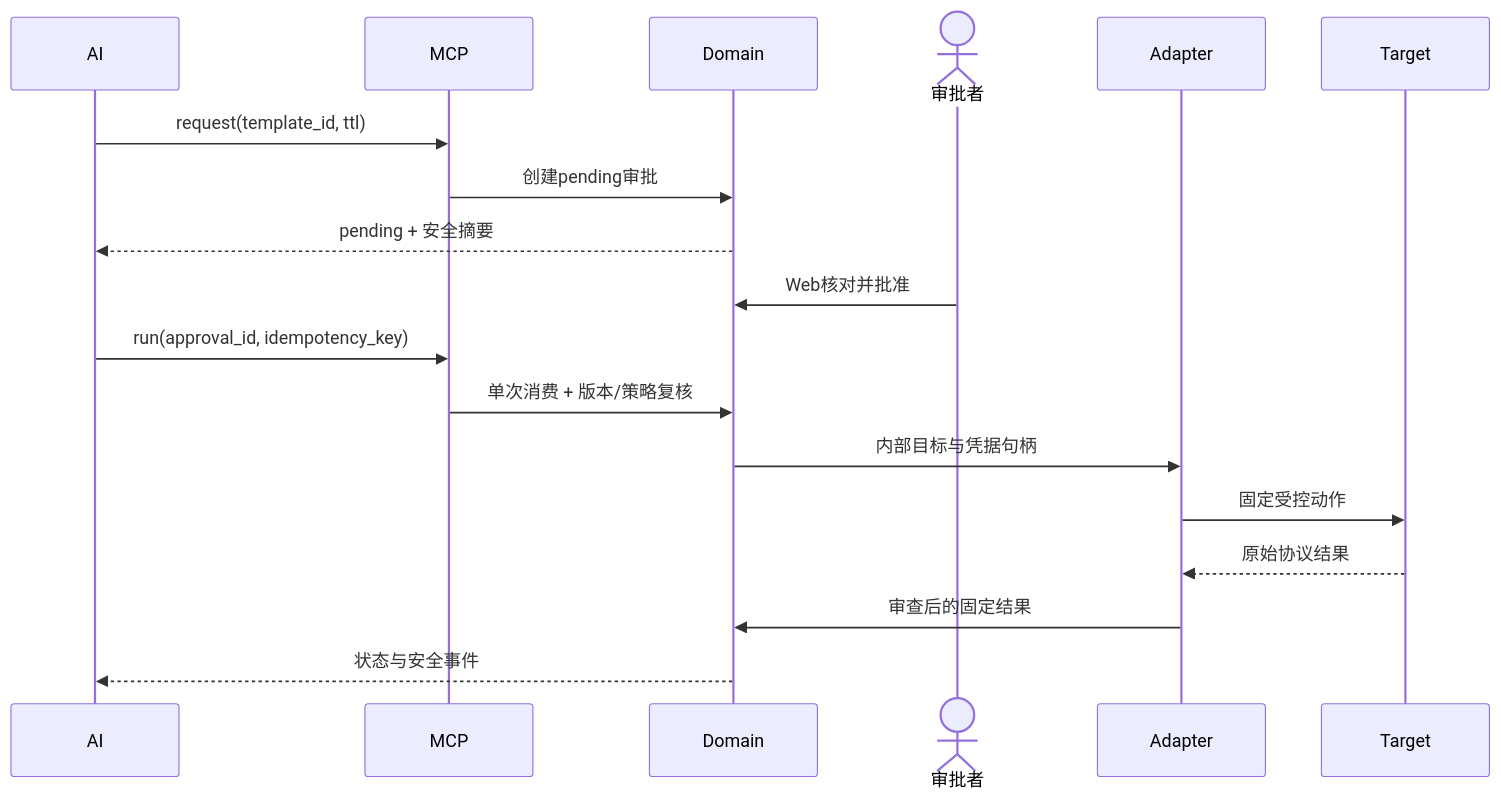
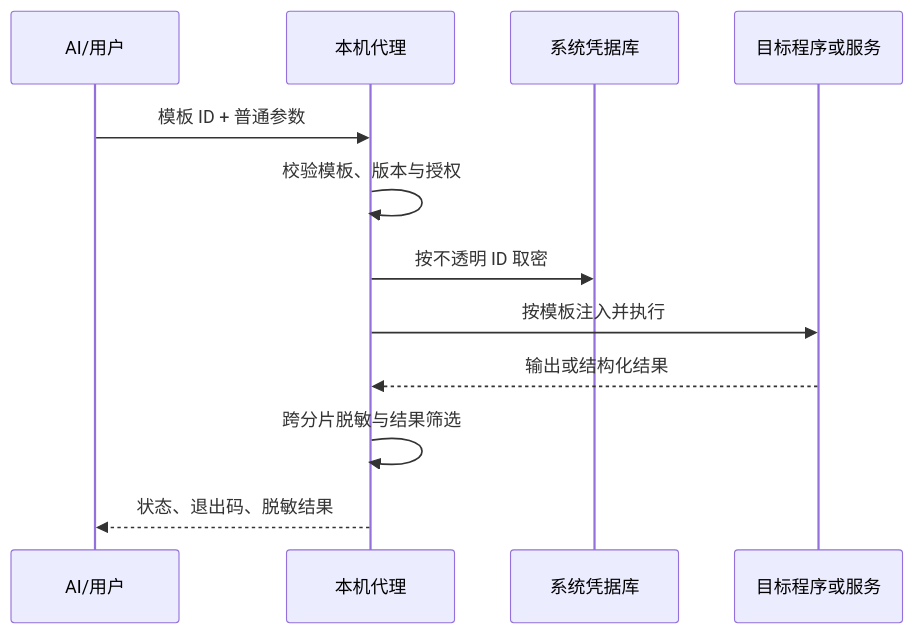
Before and after one commit to qq940500529/secretbridge: the fourth of 4 diagrams in docs/成熟态软件架构与功能说明.md, drawn with Mermaid. The commit also changed other lines of this file and 24 other files, not shown here.

````diff
--- a/docs/成熟态软件架构与功能说明.md
+++ b/docs/成熟态软件架构与功能说明.md
@@ -261,20 +124,15 @@
 ```mermaid
 sequenceDiagram
-    participant AI
-    participant MCP
-    participant Domain
-    actor Approver as 审批者
-    participant Adapter
-    participant Target
-    AI->>MCP: request(template_id, ttl)
-    MCP->>Domain: 创建pending审批
-    Domain-->>AI: pending + 安全摘要
-    Approver->>Domain: Web核对并批准
-    AI->>MCP: run(approval_id, idempotency_key)
-    MCP->>Domain: 单次消费 + 版本/策略复核
-    Domain->>Adapter: 内部目标与凭据句柄
-    Adapter->>Target: 固定受控动作
-    Target-->>Adapter: 原始协议结果
-    Adapter->>Domain: 审查后的固定结果
-    Domain-->>AI: 状态与安全事件
+    participant AI as AI/用户
+    participant Broker as 本机代理
+    participant Store as 系统凭据库
+    participant Target as 目标程序或服务
+
+    AI->>Broker: 模板 ID + 普通参数
+    Broker->>Broker: 校验模板、版本与授权
+    Broker->>Store: 按不透明 ID 取密
+    Broker->>Target: 按模板注入并执行
+    Target-->>Broker: 输出或结构化结果
+    Broker->>Broker: 跨分片脱敏与结果筛选
+    Broker-->>AI: 状态、退出码、脱敏结果
 ```
````
